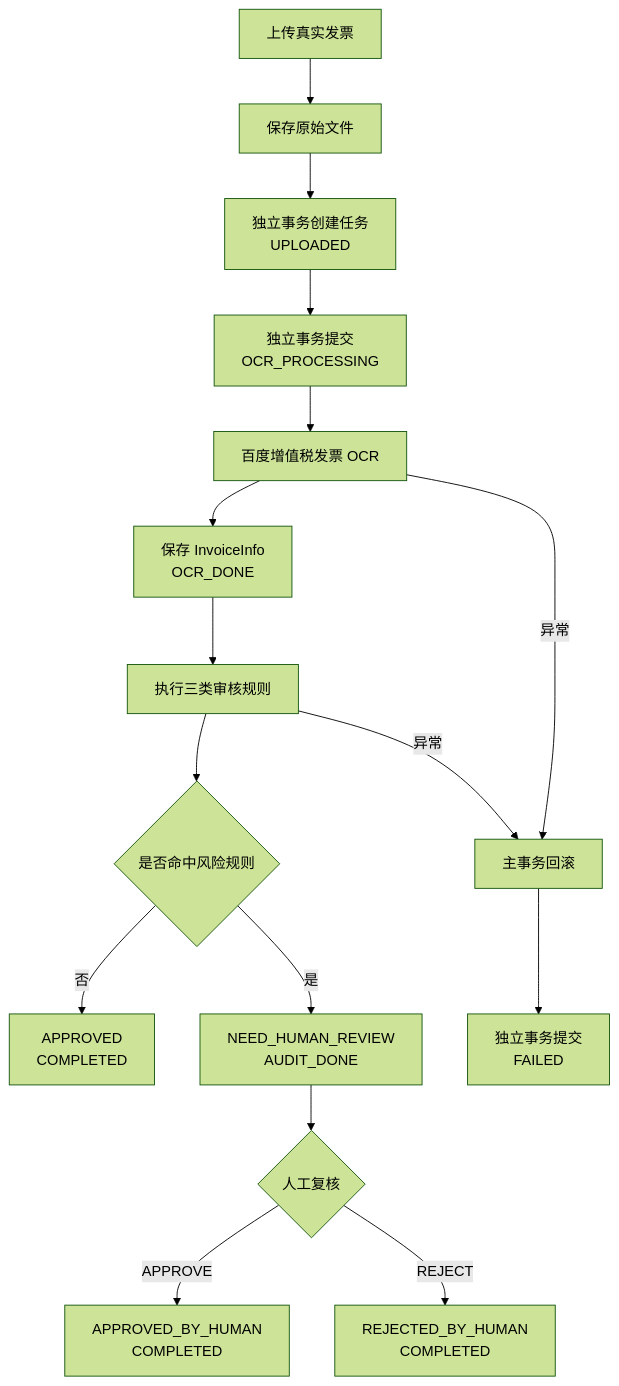
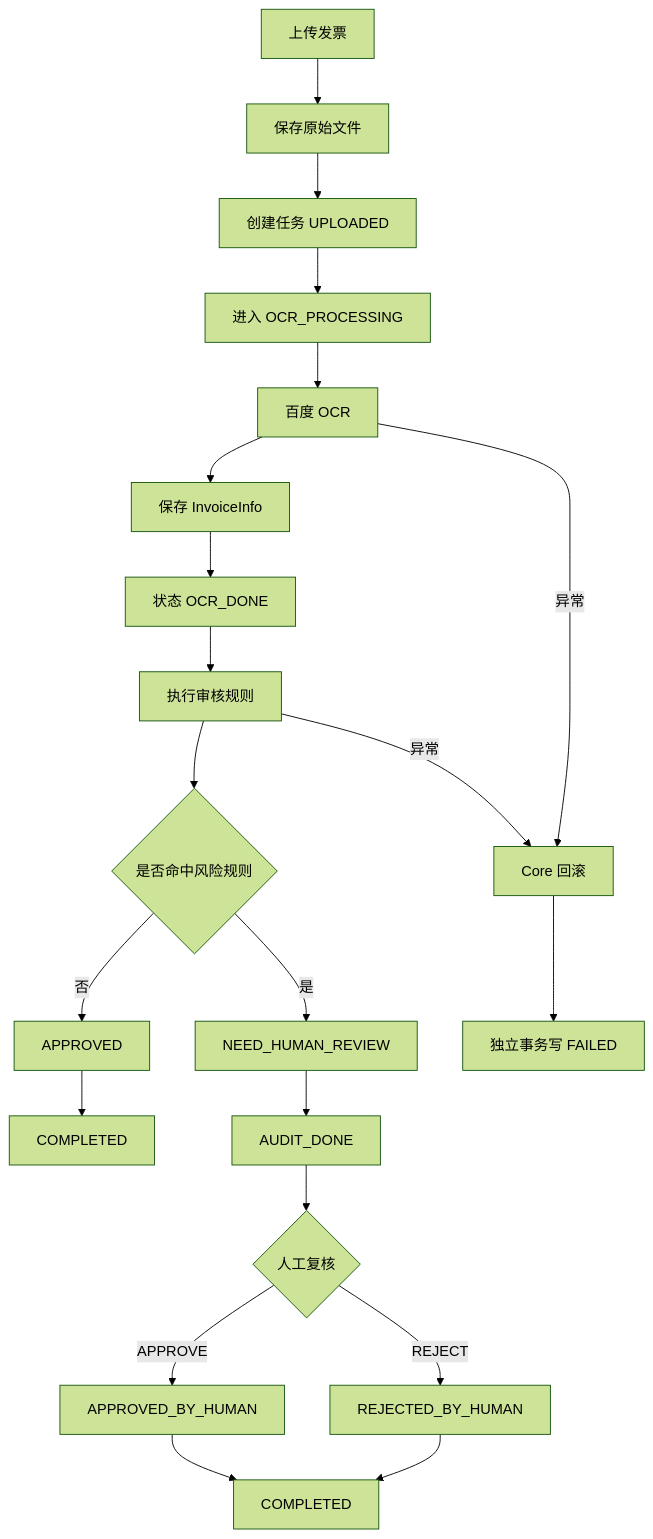
One commit to Chuan1130/invoice-agent-system changed the second of 5 diagrams in README.md. Above: the diagram before and after it, drawn with Mermaid (forest theme). The commit also changed other lines of this file, not shown here.

````diff
--- a/README.md
+++ b/README.md
@@ -57,18 +108,23 @@
 ```mermaid
 flowchart TD
-    A[上传真实发票] --> B[保存原始文件]
-    B --> C[独立事务创建任务<br/>UPLOADED]
-    C --> D[独立事务提交<br/>OCR_PROCESSING]
-    D --> E[百度增值税发票 OCR]
-    E --> F[保存 InvoiceInfo<br/>OCR_DONE]
-    F --> G[执行三类审核规则]
-    G --> H{是否命中风险规则}
-    H -->|否| I[APPROVED<br/>COMPLETED]
-    H -->|是| J[NEED_HUMAN_REVIEW<br/>AUDIT_DONE]
-    J --> K{人工复核}
-    K -->|APPROVE| L[APPROVED_BY_HUMAN<br/>COMPLETED]
-    K -->|REJECT| M[REJECTED_BY_HUMAN<br/>COMPLETED]
-    E -->|异常| N[主事务回滚]
-    G -->|异常| N
-    N --> O[独立事务提交<br/>FAILED]
+    A[上传发票] --> B[保存原始文件]
+    B --> C[创建任务 UPLOADED]
+    C --> D[进入 OCR_PROCESSING]
+    D --> E[百度 OCR]
+    E --> F[保存 InvoiceInfo]
+    F --> G[状态 OCR_DONE]
+    G --> H[执行审核规则]
+    H --> I{是否命中风险规则}
+    I -->|否| J[APPROVED]
+    J --> K[COMPLETED]
+    I -->|是| L[NEED_HUMAN_REVIEW]
+    L --> M[AUDIT_DONE]
+    M --> N{人工复核}
+    N -->|APPROVE| O[APPROVED_BY_HUMAN]
+    N -->|REJECT| P[REJECTED_BY_HUMAN]
+    O --> Q[COMPLETED]
+    P --> Q
+    E -->|异常| R[Core 回滚]
+    H -->|异常| R
+    R --> S[独立事务写 FAILED]
 ```
````
